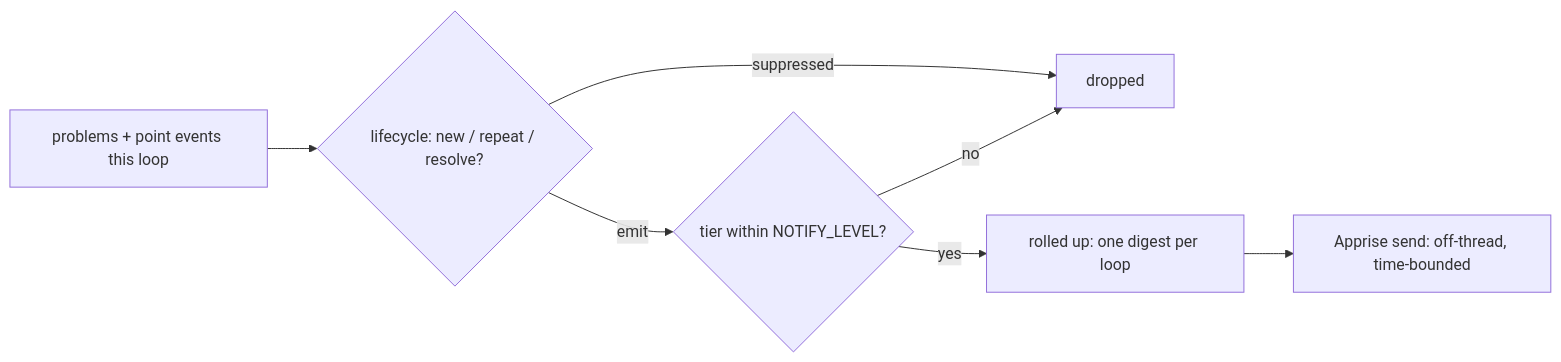
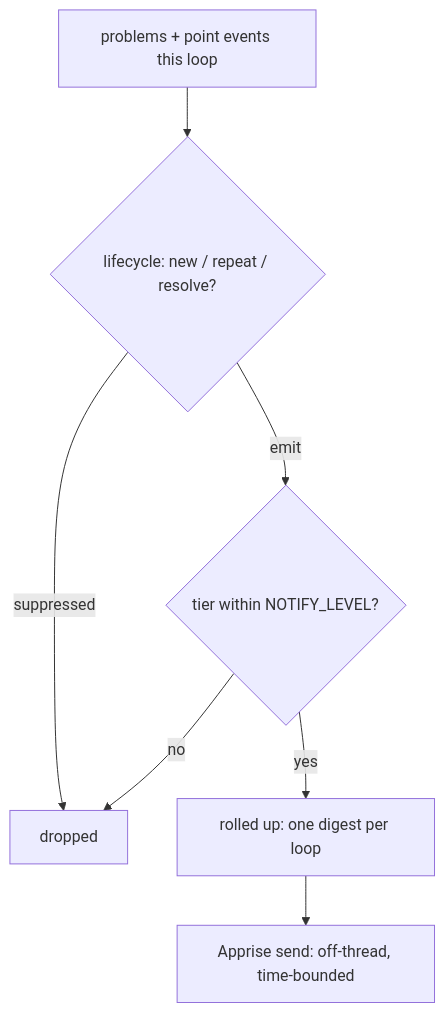
Before and after one commit to csmarshall/gluetun-monitor: the third of 3 diagrams in docs/adr/0011-notification-tiers-and-rollup.md, drawn with Mermaid.

Commit message:
docs: orient the notification-pipeline diagram top-down (ADR-0011)
Left-right diagrams run off the side of the rendered column and force horizontal
scrolling; vertical flow matches how the page is already read. Every other diagram
in the docs was already TD — this was the lone LR.

````diff
--- a/docs/adr/0011-notification-tiers-and-rollup.md
+++ b/docs/adr/0011-notification-tiers-and-rollup.md
@@ -102,9 +102,9 @@
 ```mermaid
-flowchart LR
+flowchart TD
     EV[problems + point events this loop] --> LC{lifecycle: new / repeat / resolve?}
     LC -->|suppressed| X[dropped]
     LC -->|emit| TF{tier within NOTIFY_LEVEL?}
     TF -->|no| X
     TF -->|yes| RU[rolled up: one digest per loop]
     RU --> S[Apprise send: off-thread, time-bounded]
 ```
````
